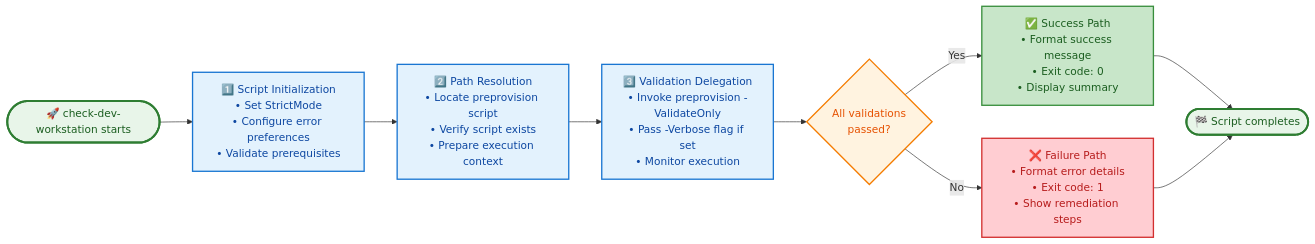
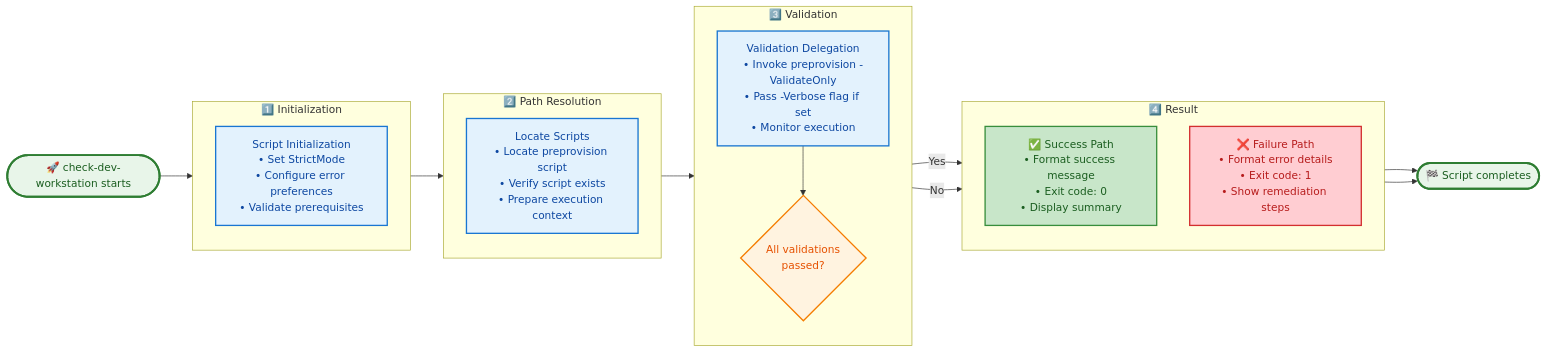
Before and after one commit to Evilazaro/Azure-LogicApps-Monitoring: the diagram in docs/hooks/check-dev-workstation.md, drawn with Mermaid. The commit also changed 4 other files, not shown here.

Commit message:
Refactor workflow diagrams in multiple documentation files for improved clarity and structure

````diff
--- a/docs/hooks/check-dev-workstation.md
+++ b/docs/hooks/check-dev-workstation.md
@@ -274,32 +274,49 @@
 ```mermaid
 flowchart LR
     Start(["🚀 check-dev-workstation starts"])
-    Init["1️⃣ Script Initialization<br/>• Set StrictMode<br/>• Configure error preferences<br/>• Validate prerequisites"]
-    Path["2️⃣ Path Resolution<br/>• Locate preprovision script<br/>• Verify script exists<br/>• Prepare execution context"]
-    Delegate["3️⃣ Validation Delegation<br/>• Invoke preprovision -ValidateOnly<br/>• Pass -Verbose flag if set<br/>• Monitor execution"]
-    Check{"All validations<br/>passed?"}
-    Success["✅ Success Path<br/>• Format success message<br/>• Exit code: 0<br/>• Display summary"]
-    Failure["❌ Failure Path<br/>• Format error details<br/>• Exit code: 1<br/>• Show remediation steps"]
     End(["🏁 Script completes"])
 
-    Start --> Init
-    Init --> Path
-    Path --> Delegate
-    Delegate --> Check
+    Start --> Initialization
+
+    subgraph Initialization["1️⃣ Initialization"]
+        direction TB
+        Init["Script Initialization<br/>• Set StrictMode<br/>• Configure error preferences<br/>• Validate prerequisites"]
+    end
+
+    subgraph PathResolution["2️⃣ Path Resolution"]
+        direction TB
+        Path["Locate Scripts<br/>• Locate preprovision script<br/>• Verify script exists<br/>• Prepare execution context"]
+    end
+
+    subgraph ValidationPhase["3️⃣ Validation"]
+        direction TB
+        Delegate["Validation Delegation<br/>• Invoke preprovision -ValidateOnly<br/>• Pass -Verbose flag if set<br/>• Monitor execution"]
+        Check{"All validations<br/>passed?"}
+        Delegate --> Check
+    end
+
+    subgraph ResultPhase["4️⃣ Result"]
+        direction TB
+        Success["✅ Success Path<br/>• Format success message<br/>• Exit code: 0<br/>• Display summary"]
+        Failure["❌ Failure Path<br/>• Format error details<br/>• Exit code: 1<br/>• Show remediation steps"]
+    end
+
+    Initialization --> PathResolution
+    PathResolution --> ValidationPhase
     Check -->|Yes| Success
     Check -->|No| Failure
     Success --> End
     Failure --> End
 
     classDef startEnd fill:#e8f5e9,stroke:#2e7d32,stroke-width:3px,color:#1b5e20
     classDef process fill:#e3f2fd,stroke:#1976d2,stroke-width:2px,color:#0d47a1
     classDef decision fill:#fff3e0,stroke:#f57c00,stroke-width:2px,color:#e65100
     classDef success fill:#c8e6c9,stroke:#388e3c,stroke-width:2px,color:#1b5e20
     classDef failure fill:#ffcdd2,stroke:#d32f2f,stroke-width:2px,color:#b71c1c
 
     class Start,End startEnd
     class Init,Path,Delegate process
     class Check decision
     class Success success
     class Failure failure
 ```
````
